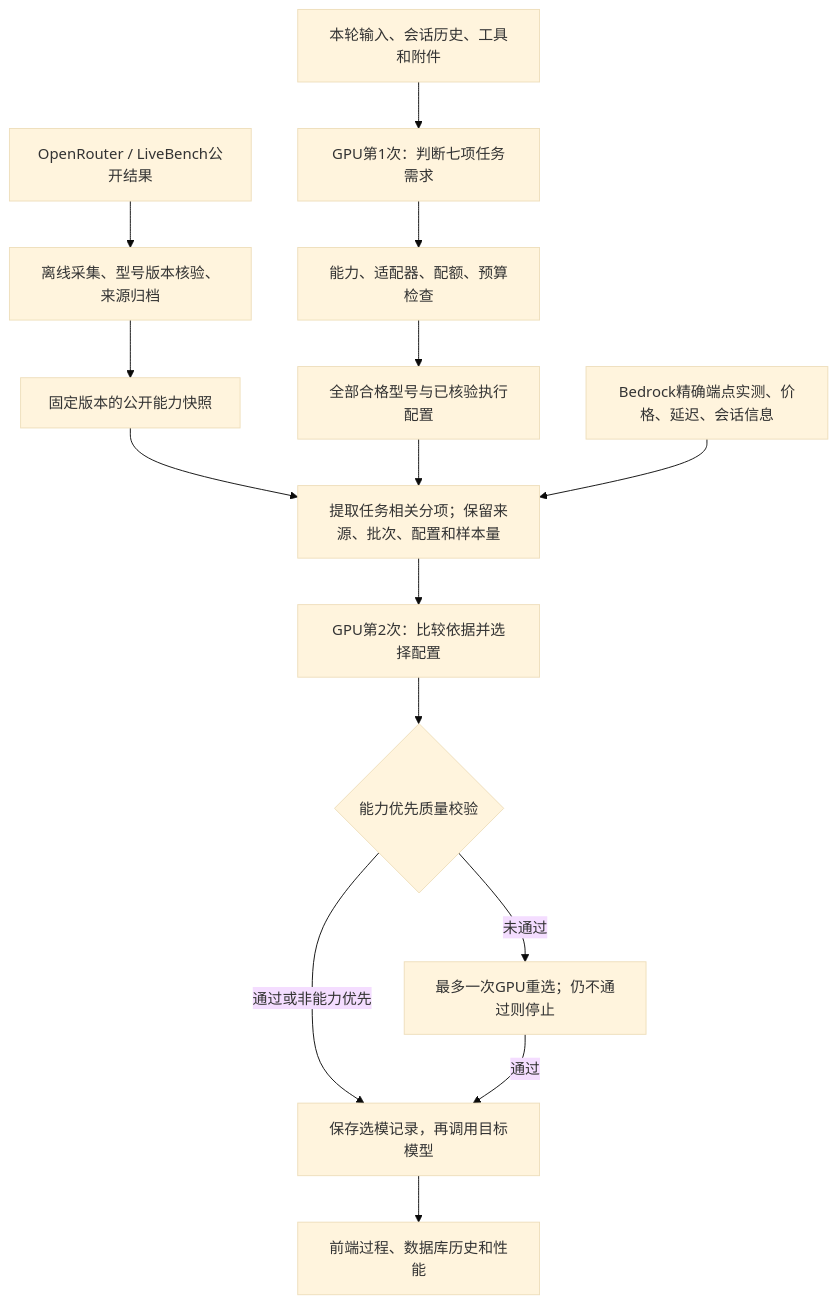
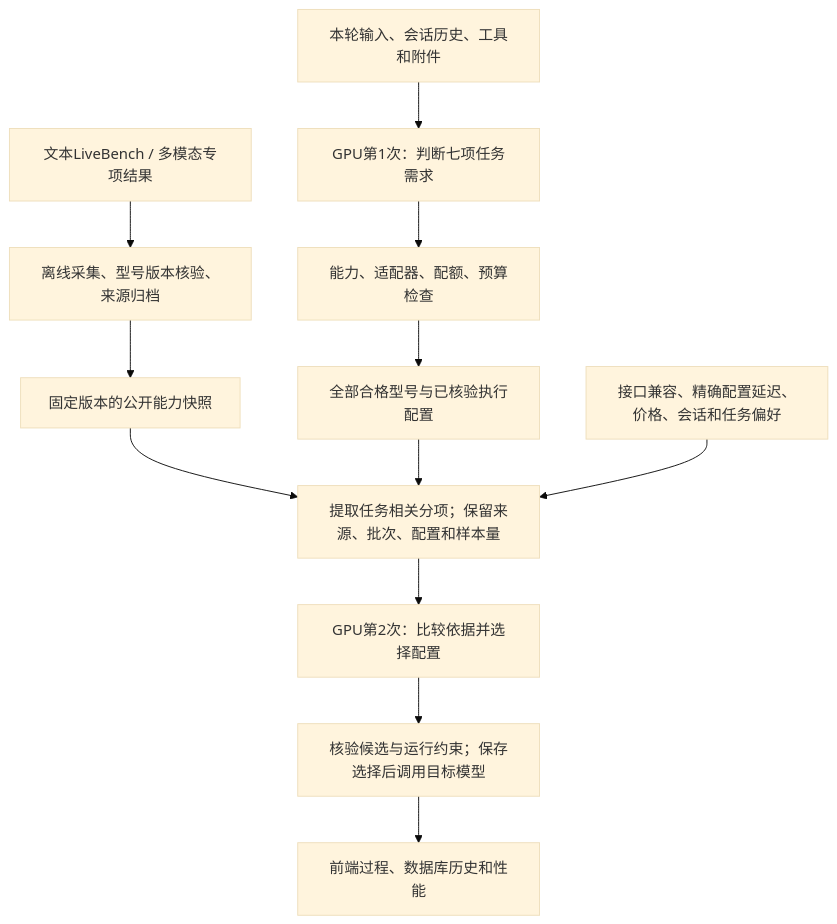
The diagram in docs/PUBLIC_BENCHMARK_EVIDENCE.zh.md (milan9527/DeciderModelRouter), drawn with Mermaid (base theme) before and after one commit. The commit also changed other lines of this file and 57 other files, not shown here.

Commit message:
Use LiveBench text evidence and let the GPU handle routing preferences

````diff
--- a/docs/PUBLIC_BENCHMARK_EVIDENCE.zh.md
+++ b/docs/PUBLIC_BENCHMARK_EVIDENCE.zh.md
@@ -35,17 +37,14 @@
 ```mermaid
 flowchart TD
-    A["OpenRouter / LiveBench公开结果"] --> B["离线采集、型号版本核验、来源归档"]
+    A["文本LiveBench / 多模态专项结果"] --> B["离线采集、型号版本核验、来源归档"]
     B --> C["固定版本的公开能力快照"]
     U["本轮输入、会话历史、工具和附件"] --> G1["GPU第1次：判断七项任务需求"]
     G1 --> F["能力、适配器、配额、预算检查"]
     F --> P["全部合格型号与已核验执行配置"]
     C --> E["提取任务相关分项；保留来源、批次、配置和样本量"]
     P --> E
-    D["Bedrock精确端点实测、价格、延迟、会话信息"] --> E
+    D["接口兼容、精确配置延迟、价格、会话和任务偏好"] --> E
     E --> G2["GPU第2次：比较依据并选择配置"]
-    G2 --> Q{"能力优先质量校验"}
-    Q -->|通过或非能力优先| X["保存选模记录，再调用目标模型"]
-    Q -->|未通过| R["最多一次GPU重选；仍不通过则停止"]
-    R -->|通过| X
+    G2 --> X["核验候选与运行约束；保存选择后调用目标模型"]
     X --> H["前端过程、数据库历史和性能"]
 ```
````
